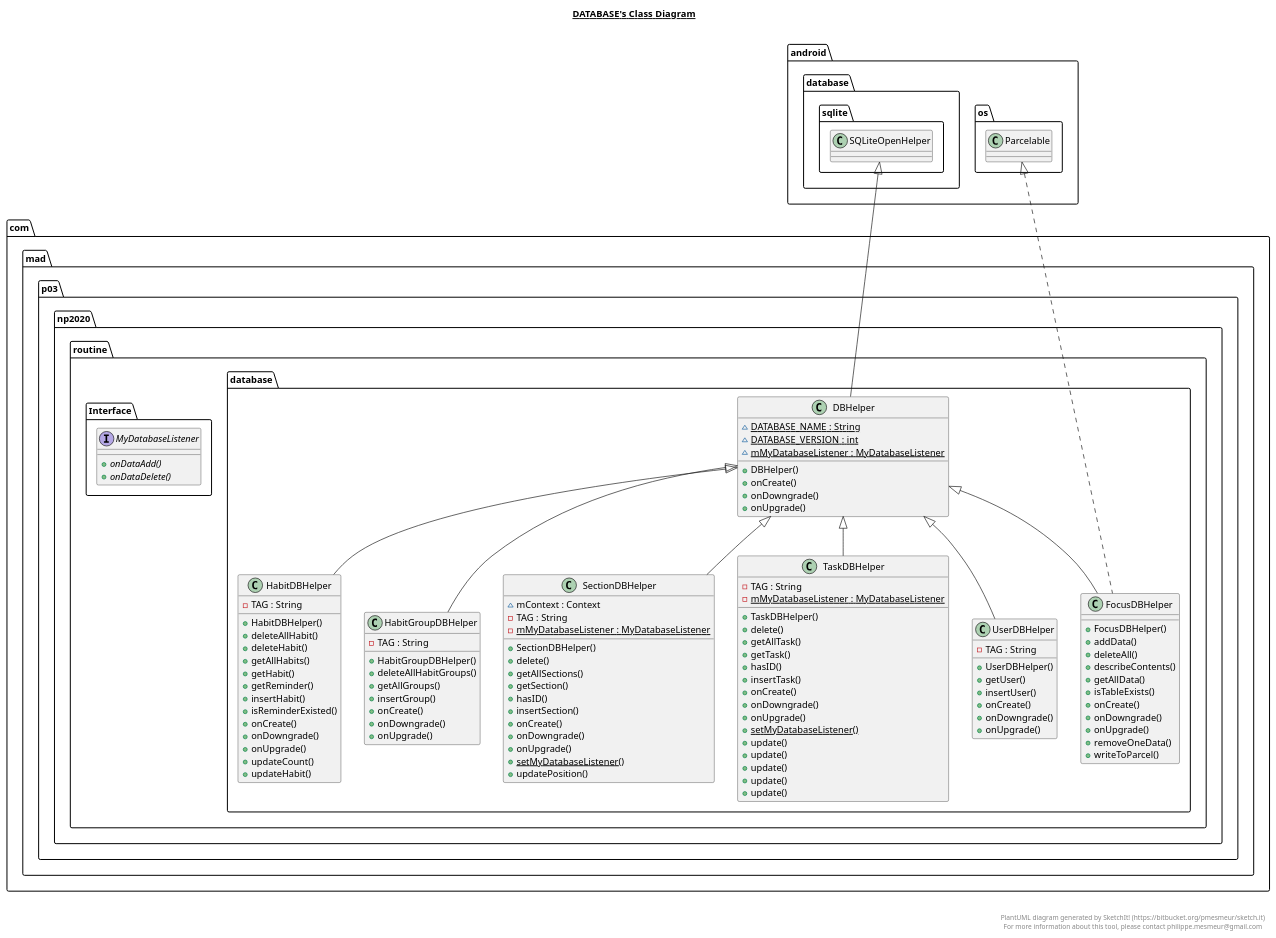
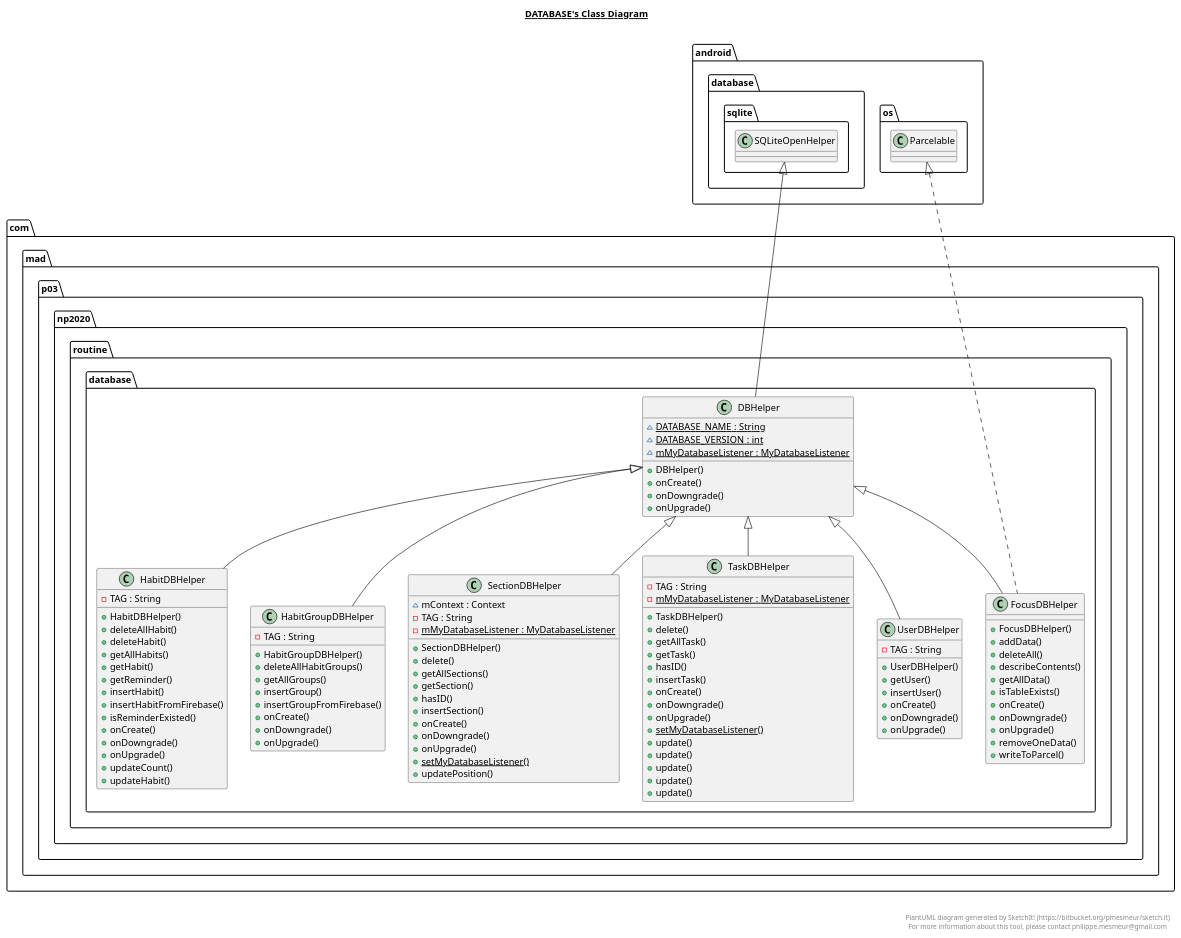
The diagram in app/src/main/java/com/mad/p03/np2020/routine/database/database.plantuml (AppDevIn/Routine), drawn with PlantUML before and after one commit. The commit also changed 7 other files, not shown here.

Commit message:
Update UML Diagram

```diff
--- a/app/src/main/java/com/mad/p03/np2020/routine/database/database.plantuml
+++ b/app/src/main/java/com/mad/p03/np2020/routine/database/database.plantuml
@@ -1,166 +1,158 @@
 @startuml
 
 title __DATABASE's Class Diagram__\n
 
   namespace com.mad.p03.np2020.routine {
     namespace database {
       class com.mad.p03.np2020.routine.database.DBHelper {
           {static} ~ DATABASE_NAME : String
           {static} ~ DATABASE_VERSION : int
           {static} ~ mMyDatabaseListener : MyDatabaseListener
           + DBHelper()
           + onCreate()
           + onDowngrade()
           + onUpgrade()
       }
     }
   }
   
 
   namespace com.mad.p03.np2020.routine {
     namespace database {
       class com.mad.p03.np2020.routine.database.FocusDBHelper {
           + FocusDBHelper()
           + addData()
           + deleteAll()
           + describeContents()
           + getAllData()
           + isTableExists()
           + onCreate()
           + onDowngrade()
           + onUpgrade()
           + removeOneData()
           + writeToParcel()
       }
     }
   }
   
 
   namespace com.mad.p03.np2020.routine {
     namespace database {
       class com.mad.p03.np2020.routine.database.HabitDBHelper {
           - TAG : String
           + HabitDBHelper()
           + deleteAllHabit()
           + deleteHabit()
           + getAllHabits()
           + getHabit()
           + getReminder()
           + insertHabit()
+          + insertHabitFromFirebase()
           + isReminderExisted()
           + onCreate()
           + onDowngrade()
           + onUpgrade()
           + updateCount()
           + updateHabit()
       }
     }
   }
   
 
   namespace com.mad.p03.np2020.routine {
     namespace database {
       class com.mad.p03.np2020.routine.database.HabitGroupDBHelper {
           - TAG : String
           + HabitGroupDBHelper()
           + deleteAllHabitGroups()
           + getAllGroups()
           + insertGroup()
+          + insertGroupFromFirebase()
           + onCreate()
           + onDowngrade()
           + onUpgrade()
-      }
-    }
-  }
-  
-
-  namespace com.mad.p03.np2020.routine {
-    namespace database {
-      interface com.mad.p03.np2020.routine.Interface.MyDatabaseListener {
-          {abstract} + onDataAdd()
-          {abstract} + onDataDelete()
       }
     }
   }
   
 
   namespace com.mad.p03.np2020.routine {
     namespace database {
       class com.mad.p03.np2020.routine.database.SectionDBHelper {
           ~ mContext : Context
           - TAG : String
           {static} - mMyDatabaseListener : MyDatabaseListener
           + SectionDBHelper()
           + delete()
           + getAllSections()
           + getSection()
           + hasID()
           + insertSection()
           + onCreate()
           + onDowngrade()
           + onUpgrade()
           {static} + setMyDatabaseListener()
           + updatePosition()
       }
     }
   }
   
 
   namespace com.mad.p03.np2020.routine {
     namespace database {
       class com.mad.p03.np2020.routine.database.TaskDBHelper {
           - TAG : String
           {static} - mMyDatabaseListener : MyDatabaseListener
           + TaskDBHelper()
           + delete()
           + getAllTask()
           + getTask()
           + hasID()
           + insertTask()
           + onCreate()
           + onDowngrade()
           + onUpgrade()
           {static} + setMyDatabaseListener()
           + update()
           + update()
           + update()
           + update()
           + update()
       }
     }
   }
   
 
   namespace com.mad.p03.np2020.routine {
     namespace database {
       class com.mad.p03.np2020.routine.database.UserDBHelper {
           - TAG : String
           + UserDBHelper()
           + getUser()
           + insertUser()
           + onCreate()
           + onDowngrade()
           + onUpgrade()
       }
     }
   }
   
 
   com.mad.p03.np2020.routine.database.DBHelper -up-|> android.database.sqlite.SQLiteOpenHelper
   com.mad.p03.np2020.routine.database.FocusDBHelper .up.|> android.os.Parcelable
   com.mad.p03.np2020.routine.database.FocusDBHelper -up-|> com.mad.p03.np2020.routine.database.DBHelper
   com.mad.p03.np2020.routine.database.HabitDBHelper -up-|> com.mad.p03.np2020.routine.database.DBHelper
   com.mad.p03.np2020.routine.database.HabitGroupDBHelper -up-|> com.mad.p03.np2020.routine.database.DBHelper
   com.mad.p03.np2020.routine.database.SectionDBHelper -up-|> com.mad.p03.np2020.routine.database.DBHelper
   com.mad.p03.np2020.routine.database.TaskDBHelper -up-|> com.mad.p03.np2020.routine.database.DBHelper
   com.mad.p03.np2020.routine.database.UserDBHelper -up-|> com.mad.p03.np2020.routine.database.DBHelper
 
 
 right footer
 
 
 PlantUML diagram generated by SketchIt! (https://bitbucket.org/pmesmeur/sketch.it)
 For more information about this tool, please contact philippe.mesmeur@gmail.com
 endfooter
 
 @enduml
```
